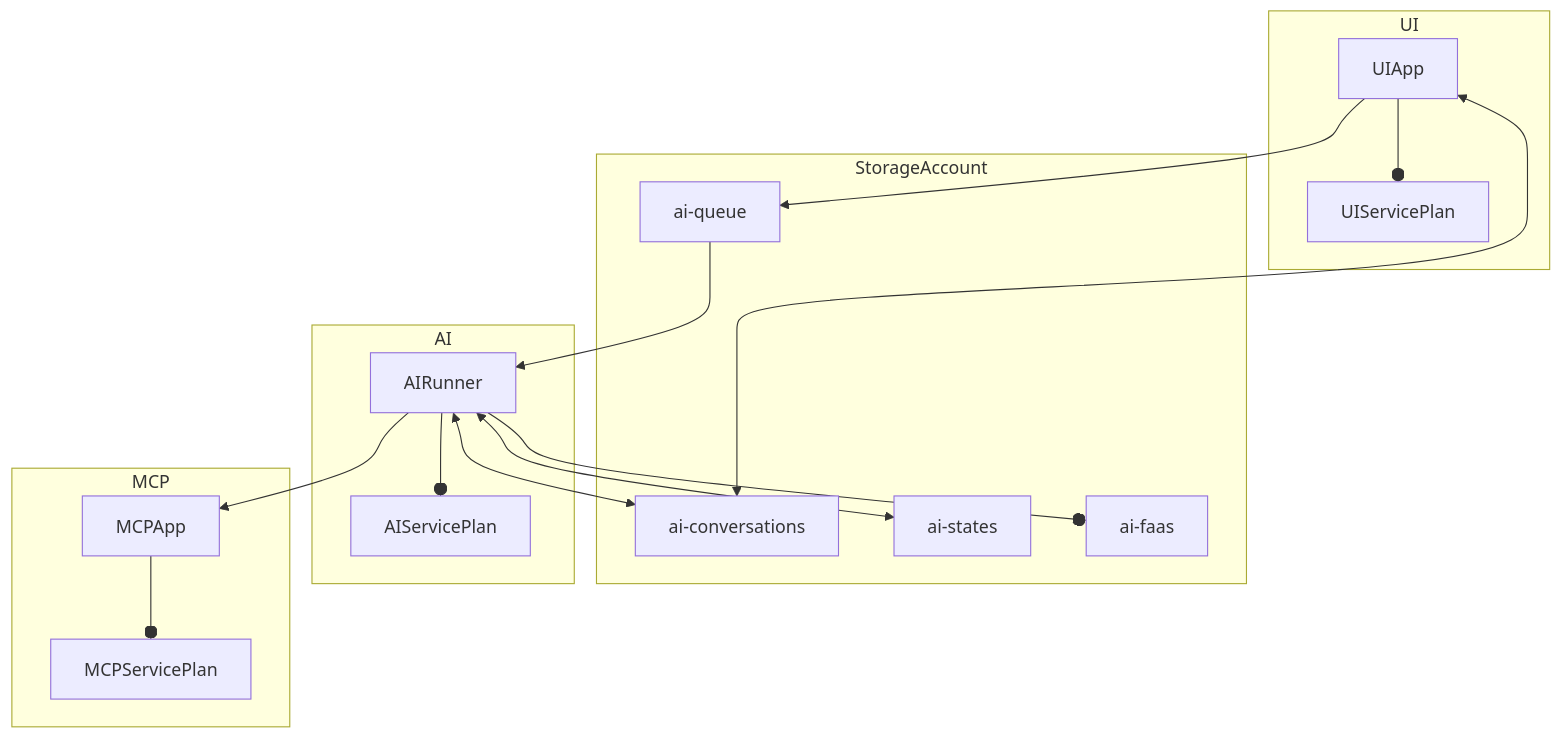
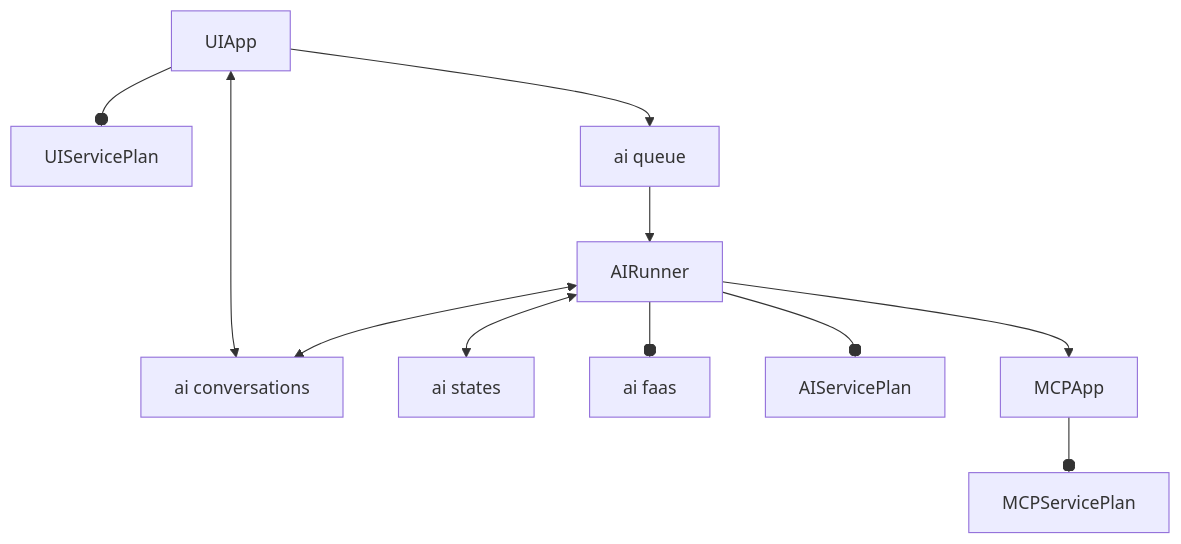
One commit to drwilliamroney/Pachinko.AI changed the diagram in terraform/README.md. Above: the diagram before and after it, drawn with Mermaid.

Commit message:
Changed diagram

````diff
--- a/terraform/README.md
+++ b/terraform/README.md
@@ -3,31 +3,23 @@
 ```mermaid
 flowchart TB
-    subgraph UI
-        UIServicePlan
-        UIApp
-    end
-    subgraph StorageAccount
-        ai-conversations
-        ai-states
-        ai-queue
-        ai-faas
-    end
-    subgraph AI
-        AIServicePlan
-        AIRunner
-    end
-    subgraph MCP
-        MCPServicePlan
-        MCPApp
-    end
+    UIServicePlan
+    UIApp
+    ConversationContainer[ai conversations]
+    StatesContainer[ai states]
+    QueueContainer[ai queue]
+    FaaSContainer[ai faas]
+    AIServicePlan
+    AIRunner
+    MCPServicePlan
+    MCPApp
     UIApp --o UIServicePlan
+    UIApp --> QueueContainer
+    AIRunner --o AIServicePlan
+    AIRunner --o FaaSContainer
+    QueueContainer --> AIRunner
+    UIApp <--> ConversationContainer
+    AIRunner <--> ConversationContainer
+    AIRunner <--> StatesContainer
+    AIRunner --> MCPApp
     MCPApp --o MCPServicePlan
-    AIRunner --o AIServicePlan
-    AIRunner --o ai-faas
-    UIApp --> ai-queue
-    ai-queue --> AIRunner
-    UIApp <--> ai-conversations
-    AIRunner <--> ai-conversations
-    AIRunner <--> ai-states
-    AIRunner --> MCPApp
 ```
````
